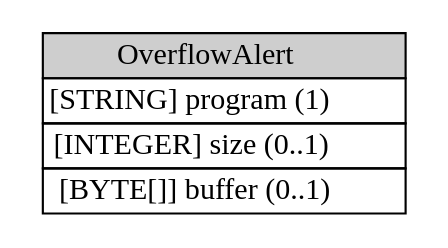
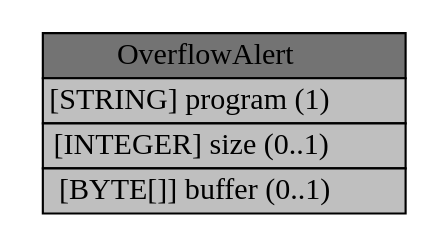
Before and after one commit to Moutix/idmef_parser: the diagram in idmef/graph/OverflowAlert.dot, drawn with Graphviz. The commit also changed 257 other files, not shown here.

Commit message:
Add color in IDMEF graph

```diff
--- a/idmef/graph/OverflowAlert.dot
+++ b/idmef/graph/OverflowAlert.dot
@@ -1,6 +1,6 @@
 digraph OverflowAlert {
 	graph [rankdir=LR];
 	node [label="\N"];
 	graph [bb="0,0,180,88"];
-	OverflowAlert [label=<<table BORDER="0" CELLBORDER="1" CELLSPACING="0"> <tr > <td BGCOLOR="#CECECE" HREF="#" TITLE="The OverflowAlert carries additional information related to buffer overflow attacks. It is intended to enable an analyzer to provide the details of the overflow attack itself. ">OverflowAlert</td> </tr>" %<tr><td HREF="#" TITLE="The program that the overflow attack attempted to run (NOTE: this is not the program that was attacked).">[STRING] program (1) </td></tr>%<tr><td HREF="#" TITLE="The size, in bytes, of the overflow (i.e., the number of bytes the attacker sent).">[INTEGER] size (0..1) </td></tr>%<tr><td HREF="#" TITLE="Some or all of the overflow data itself (dependent on how much the analyzer can capture).">[BYTE[]] buffer (0..1) </td></tr>%</table>>, shape=plaintext, pos="90,44", width="2.4722", height="1.2361"];
+	OverflowAlert [label=<<table BORDER="0" CELLBORDER="1" CELLSPACING="0"> <tr > <td BGCOLOR="#737373" HREF="#" TITLE="The OverflowAlert carries additional information related to buffer overflow attacks. It is intended to enable an analyzer to provide the details of the overflow attack itself. ">OverflowAlert</td> </tr>" %<tr><td BGCOLOR="#BFBFBF" HREF="#" TITLE="The program that the overflow attack attempted to run (NOTE: this is not the program that was attacked).">[STRING] program (1) </td></tr>%<tr><td BGCOLOR="#BFBFBF" HREF="#" TITLE="The size, in bytes, of the overflow (i.e., the number of bytes the attacker sent).">[INTEGER] size (0..1) </td></tr>%<tr><td BGCOLOR="#BFBFBF" HREF="#" TITLE="Some or all of the overflow data itself (dependent on how much the analyzer can capture).">[BYTE[]] buffer (0..1) </td></tr>%</table>>, shape=plaintext, pos="90,44", width="2.4722", height="1.2361"];
 }
```
